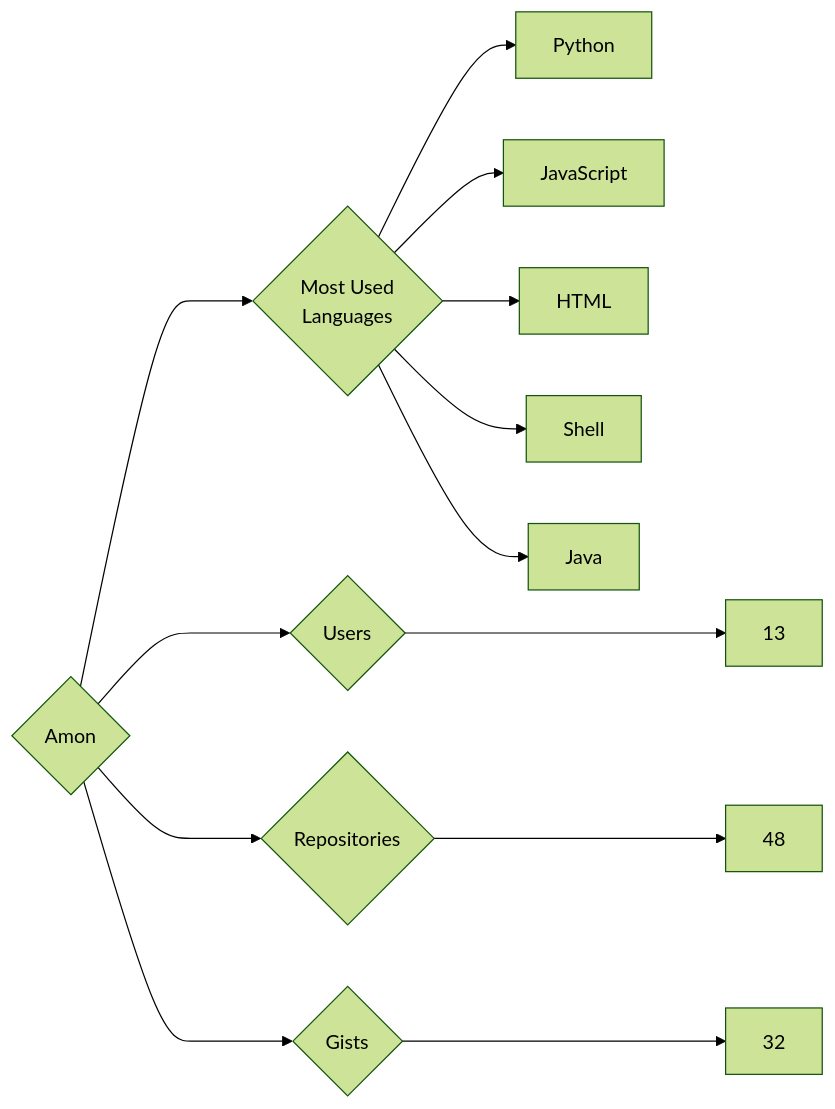
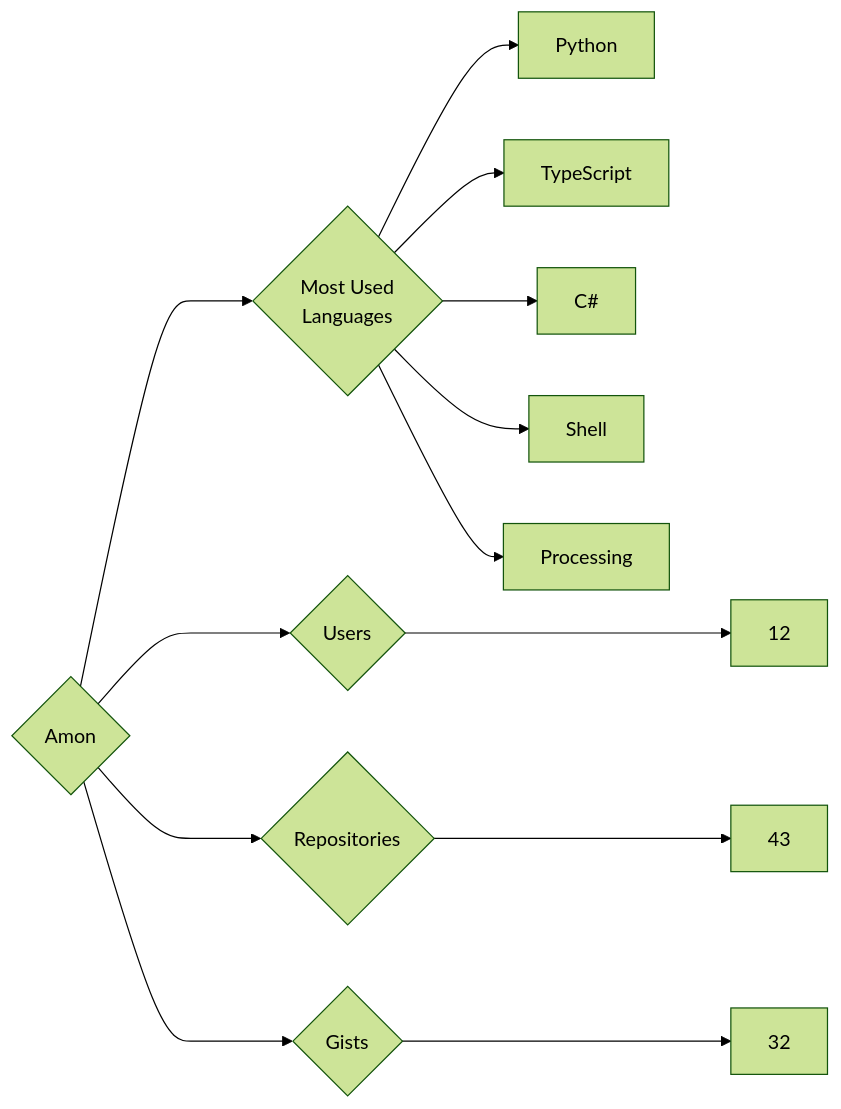
Before and after one commit to trickest/insiders: the diagram in targets/Amon/README.md, drawn with Mermaid (forest theme). The commit also changed 786 other files, not shown here.

````diff
--- a/targets/Amon/README.md
+++ b/targets/Amon/README.md
@@ -3,13 +3,13 @@
 ```mermaid
 graph LR
 COMPANY_NAME{Amon}
-COMPANY_NAME ---> U{Users} ---> UN[13]
-COMPANY_NAME ---> R{Repositories} ---> RN[48]
+COMPANY_NAME ---> U{Users} ---> UN[12]
+COMPANY_NAME ---> R{Repositories} ---> RN[43]
 COMPANY_NAME ---> G{Gists} ---> GN[32]
 COMPANY_NAME ---> ML{Most Used<br>Languages}
 ML --> Python[Python]
-ML --> JavaScript[JavaScript]
-ML --> HTML[HTML]
+ML --> TypeScript[TypeScript]
+ML --> C#[C#]
 ML --> Shell[Shell]
-ML --> Java[Java]
+ML --> Processing[Processing]
 ```
````
